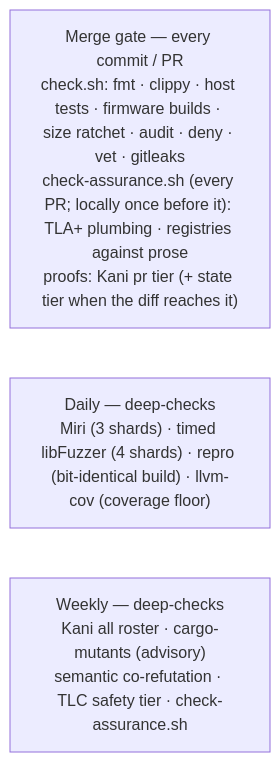
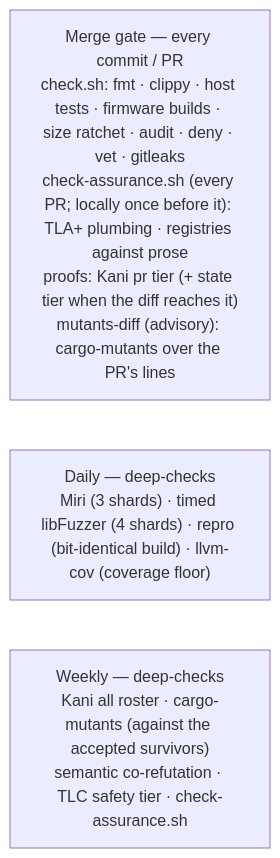
One commit to TheMaxMur/RS-Key changed the second of 2 diagrams in docs/testing.md. Above: the diagram before and after it, drawn with Mermaid. The commit also changed other lines of this file and 9 other files, not shown here.

First line of the commit message:
mutants: --in-diff in the fix loop and on pull requests, the weekly sweep against a baseline

````diff
--- a/docs/testing.md
+++ b/docs/testing.md
@@ -1095,7 +1098,7 @@
 ```mermaid
 flowchart TB
-    a["Merge gate — every commit / PR<br/>check.sh: fmt · clippy · host tests · firmware builds · size ratchet · audit · deny · vet · gitleaks<br/>check-assurance.sh (every PR; locally once before it): TLA+ plumbing · registries against prose<br/>proofs: Kani pr tier (+ state tier when the diff reaches it)"]
+    a["Merge gate — every commit / PR<br/>check.sh: fmt · clippy · host tests · firmware builds · size ratchet · audit · deny · vet · gitleaks<br/>check-assurance.sh (every PR; locally once before it): TLA+ plumbing · registries against prose<br/>proofs: Kani pr tier (+ state tier when the diff reaches it)<br/>mutants-diff (advisory): cargo-mutants over the PR's lines"]
     b["Daily — deep-checks<br/>Miri (3 shards) · timed libFuzzer (4 shards) · repro (bit-identical build) · llvm-cov (coverage floor)"]
-    c["Weekly — deep-checks<br/>Kani all roster · cargo-mutants (advisory)<br/>semantic co-refutation · TLC safety tier · check-assurance.sh"]
+    c["Weekly — deep-checks<br/>Kani all roster · cargo-mutants (against the accepted survivors)<br/>semantic co-refutation · TLC safety tier · check-assurance.sh"]
     a ~~~ b ~~~ c
 ```
````
